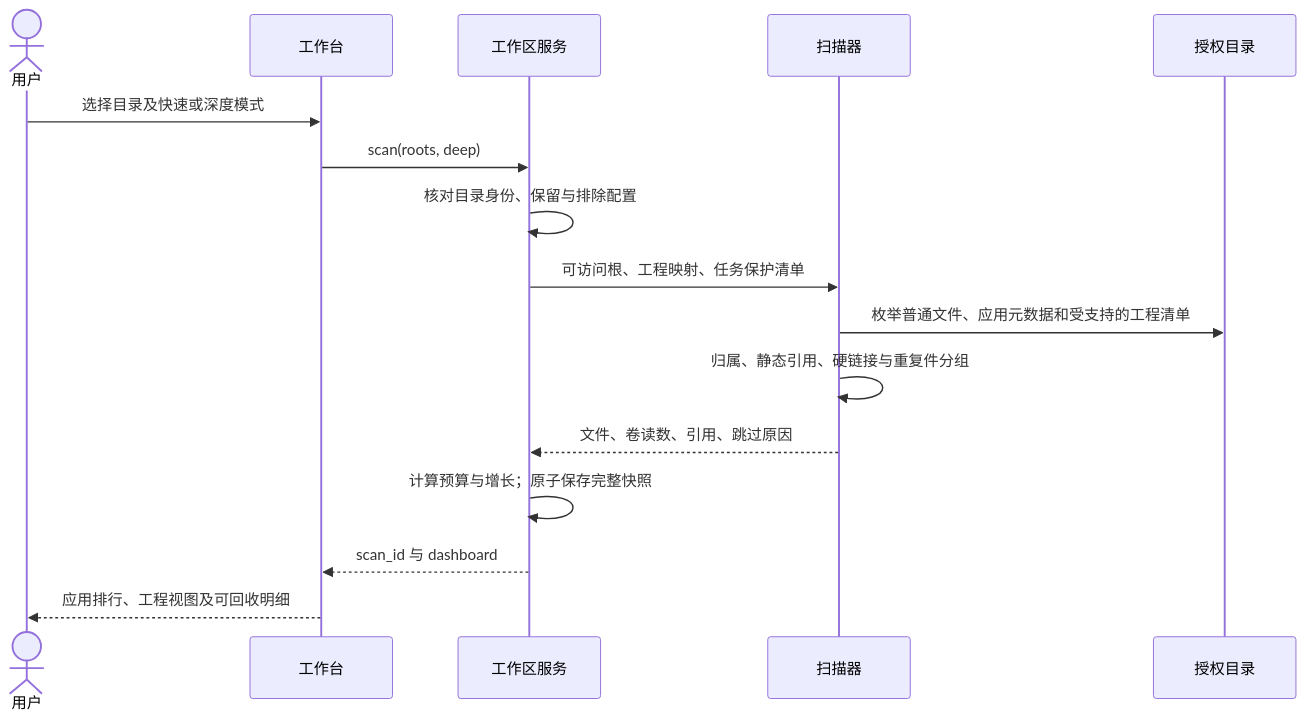
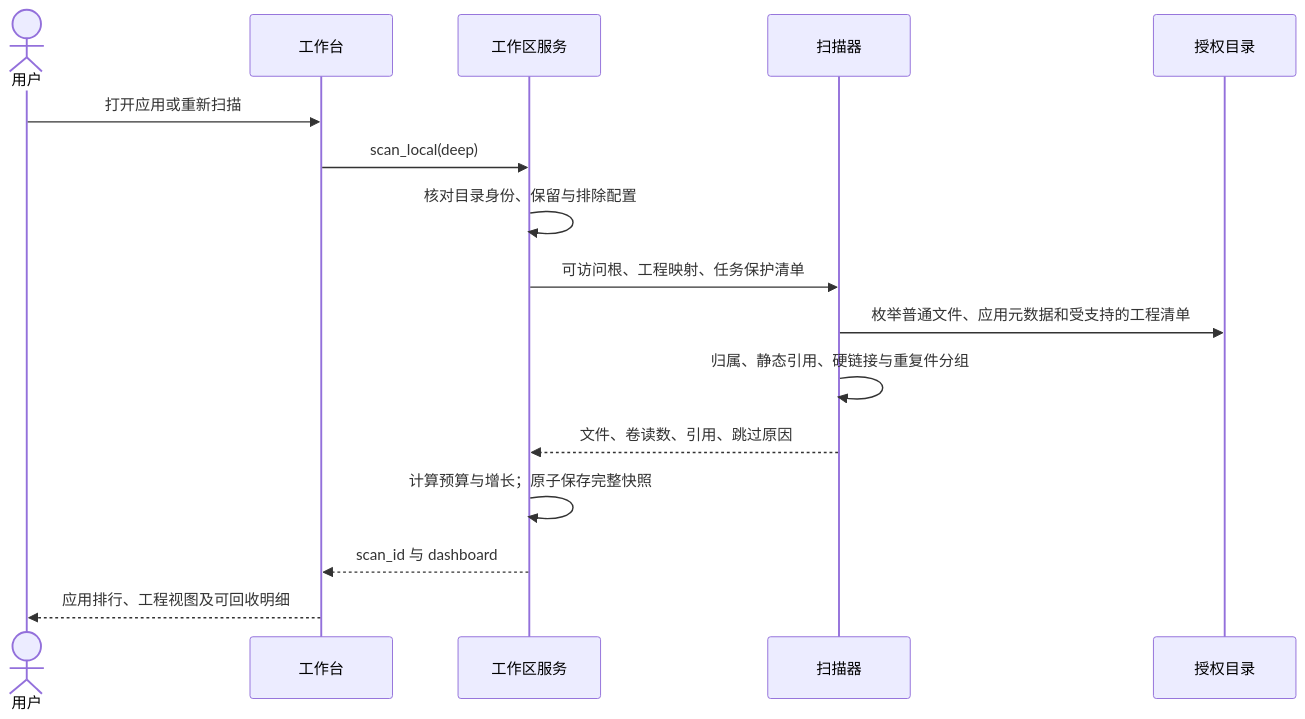
One commit to Moosphan/lumen changed the second of 4 diagrams in docs/技术方案.md. Above: the diagram before and after it, drawn with Mermaid. The commit also changed other lines of this file and 15 other files, not shown here.

````diff
--- a/docs/技术方案.md
+++ b/docs/技术方案.md
@@ -31,18 +31,18 @@
 ```mermaid
 sequenceDiagram
     actor U as 用户
     participant W as 工作台
     participant S as 工作区服务
     participant I as 扫描器
     participant F as 授权目录
-    U->>W: 选择目录及快速或深度模式
-    W->>S: scan(roots, deep)
+    U->>W: 打开应用或重新扫描
+    W->>S: scan_local(deep)
     S->>S: 核对目录身份、保留与排除配置
     S->>I: 可访问根、工程映射、任务保护清单
     I->>F: 枚举普通文件、应用元数据和受支持的工程清单
     I->>I: 归属、静态引用、硬链接与重复件分组
     I-->>S: 文件、卷读数、引用、跳过原因
     S->>S: 计算预算与增长；原子保存完整快照
     S-->>W: scan_id 与 dashboard
     W-->>U: 应用排行、工程视图及可回收明细
 ```
````
